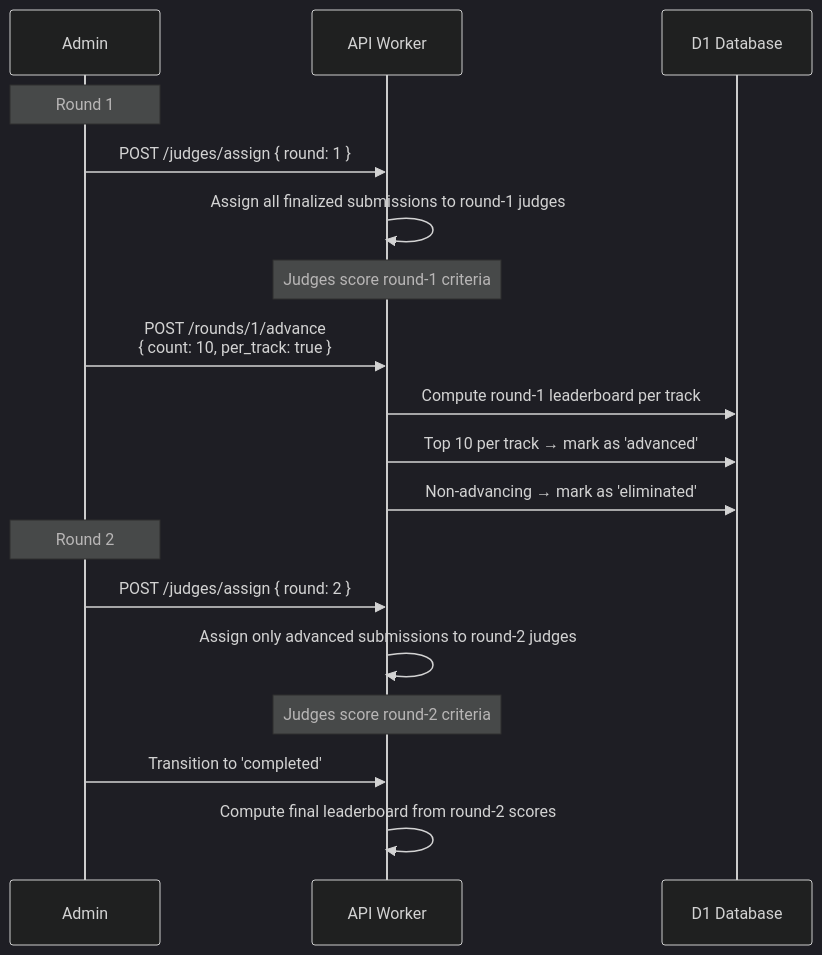
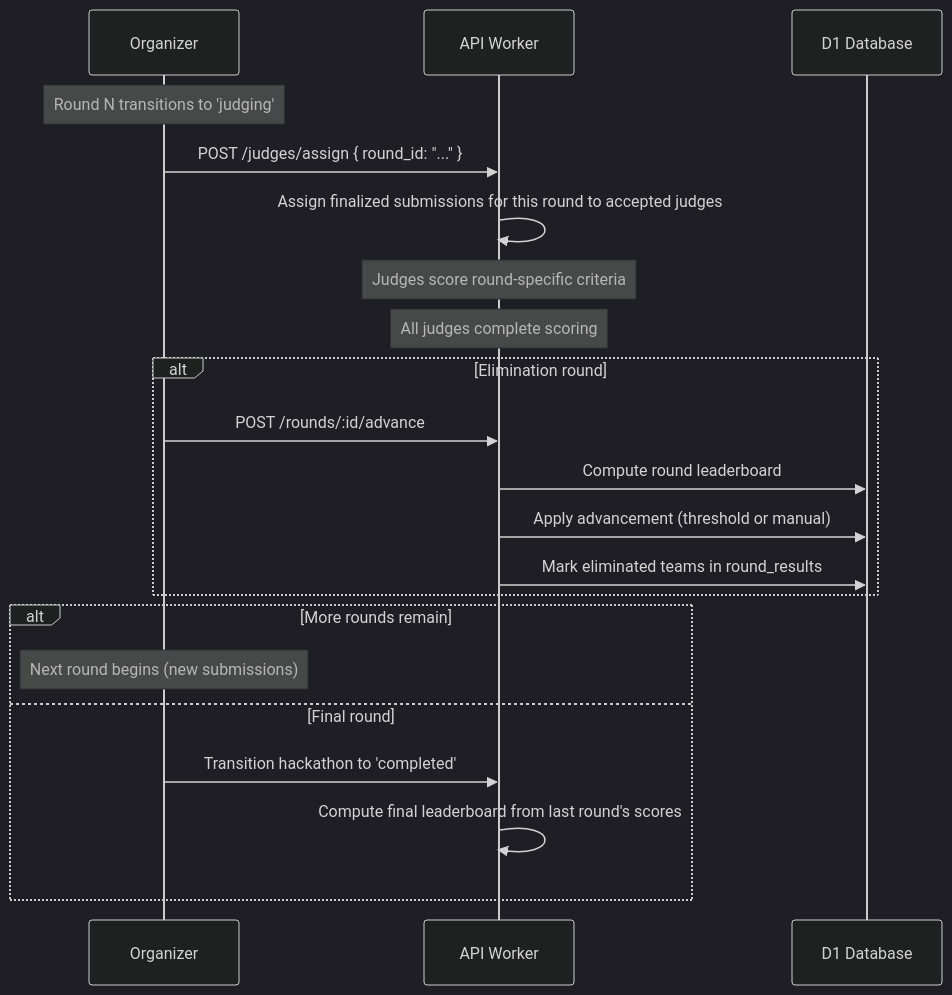
Before and after one commit to devangshupandey2025-stack/DevSage: the fifth of 11 diagrams in docs/v3/planned/judging.md, drawn with Mermaid (dark theme). The commit also changed other lines of this file, not shown here.

First line of the commit message:
docs(judging): align with rounds system, remove audience voting, add draft scoring

````diff
--- a/docs/v3/planned/judging.md
+++ b/docs/v3/planned/judging.md
@@ -327,26 +309,28 @@
 ```mermaid
 sequenceDiagram
-    participant A as Admin
+    participant A as Organizer
     participant W as API Worker
     participant D1 as D1 Database
 
-    Note over A: Round 1
+    Note over A: Round N transitions to 'judging'
 
-    A->>W: POST /judges/assign { round: 1 }
-    W->>W: Assign all finalized submissions to round-1 judges
-    Note over W: Judges score round-1 criteria
+    A->>W: POST /judges/assign { round_id: "..." }
+    W->>W: Assign finalized submissions for this round to accepted judges
+    Note over W: Judges score round-specific criteria
 
-    A->>W: POST /rounds/1/advance<br/>{ count: 10, per_track: true }
-    W->>D1: Compute round-1 leaderboard per track
-    W->>D1: Top 10 per track → mark as 'advanced'
-    W->>D1: Non-advancing → mark as 'eliminated'
+    Note over W: All judges complete scoring
 
-    Note over A: Round 2
+    alt Elimination round
+        A->>W: POST /rounds/:id/advance
+        W->>D1: Compute round leaderboard
+        W->>D1: Apply advancement (threshold or manual)
+        W->>D1: Mark eliminated teams in round_results
+    end
 
-    A->>W: POST /judges/assign { round: 2 }
-    W->>W: Assign only advanced submissions to round-2 judges
-    Note over W: Judges score round-2 criteria
-
-    A->>W: Transition to 'completed'
-    W->>W: Compute final leaderboard from round-2 scores
+    alt More rounds remain
+        Note over A: Next round begins (new submissions)
+    else Final round
+        A->>W: Transition hackathon to 'completed'
+        W->>W: Compute final leaderboard from last round's scores
+    end
 ```
````
